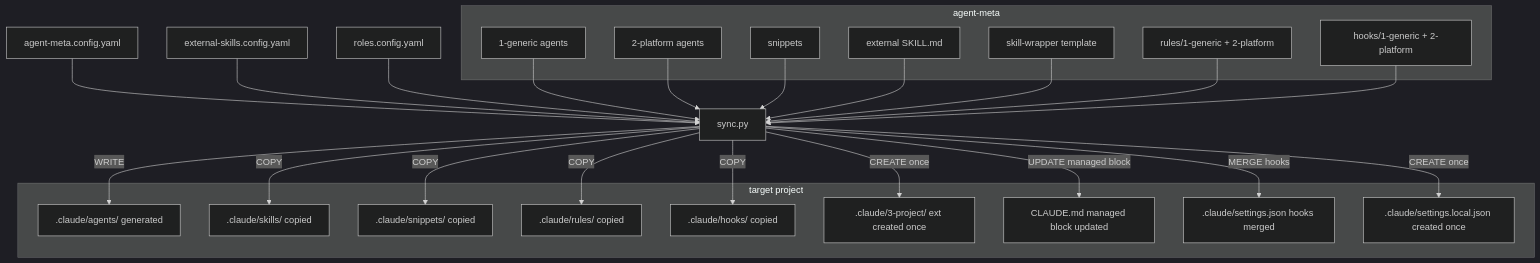
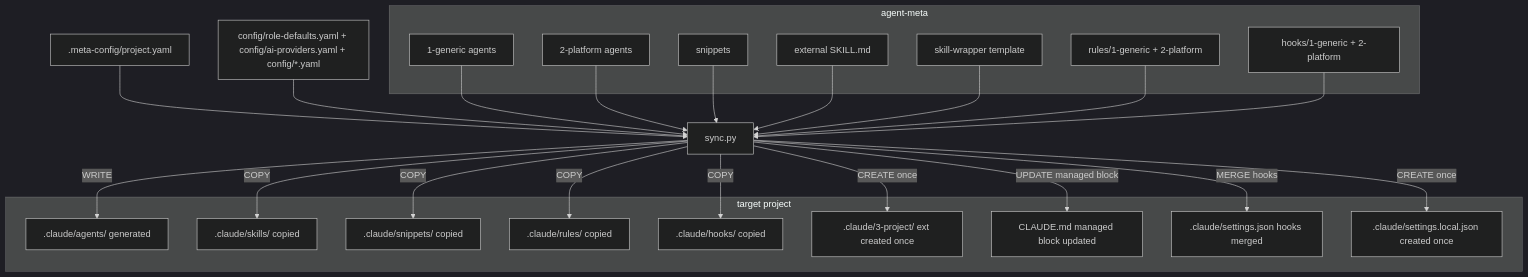
The diagram in docs/architecture/02-sync-flow.md (Popoboxxo/agent-meta), drawn with Mermaid (dark theme) before and after one commit. The commit also changed other lines of this file and 14 other files, not shown here.

````diff
--- a/docs/architecture/02-sync-flow.md
+++ b/docs/architecture/02-sync-flow.md
@@ -5,50 +5,48 @@
 ```mermaid
 flowchart TD
-    CFG[agent-meta.config.yaml]
-    ECFG[external-skills.config.yaml]
-    RCFG[roles.config.yaml]
+    CFG[.meta-config/project.yaml]
+    RCFG[config/role-defaults.yaml + config/ai-providers.yaml + config/*.yaml]
     SYNC[sync.py]
 
     subgraph sources [agent-meta]
         G1[1-generic agents]
         G2[2-platform agents]
         SN[snippets]
         EX[external SKILL.md]
         WR[skill-wrapper template]
         RL[rules/1-generic + 2-platform]
         HK[hooks/1-generic + 2-platform]
     end
 
     subgraph target [target project]
         AG[.claude/agents/ generated]
         SK[.claude/skills/ copied]
         SNC[.claude/snippets/ copied]
         RLO[.claude/rules/ copied]
         HKO[.claude/hooks/ copied]
         EXT[.claude/3-project/ ext created once]
         CLA[CLAUDE.md managed block updated]
         SET[.claude/settings.json hooks merged]
         SETL[.claude/settings.local.json created once]
     end
 
     CFG --> SYNC
-    ECFG --> SYNC
     RCFG --> SYNC
     G1 --> SYNC
     G2 --> SYNC
     SN --> SYNC
     EX --> SYNC
     WR --> SYNC
     RL --> SYNC
     HK --> SYNC
 
     SYNC -->|WRITE| AG
     SYNC -->|COPY| SNC
     SYNC -->|COPY| SK
     SYNC -->|COPY| RLO
     SYNC -->|COPY| HKO
     SYNC -->|CREATE once| EXT
     SYNC -->|UPDATE managed block| CLA
     SYNC -->|MERGE hooks| SET
     SYNC -->|CREATE once| SETL
 ```
````
